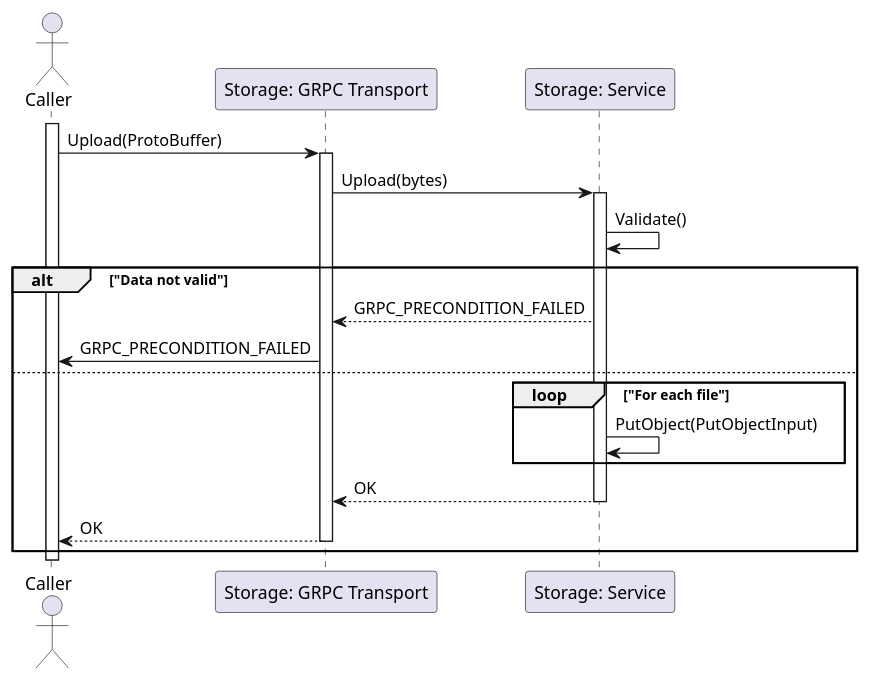
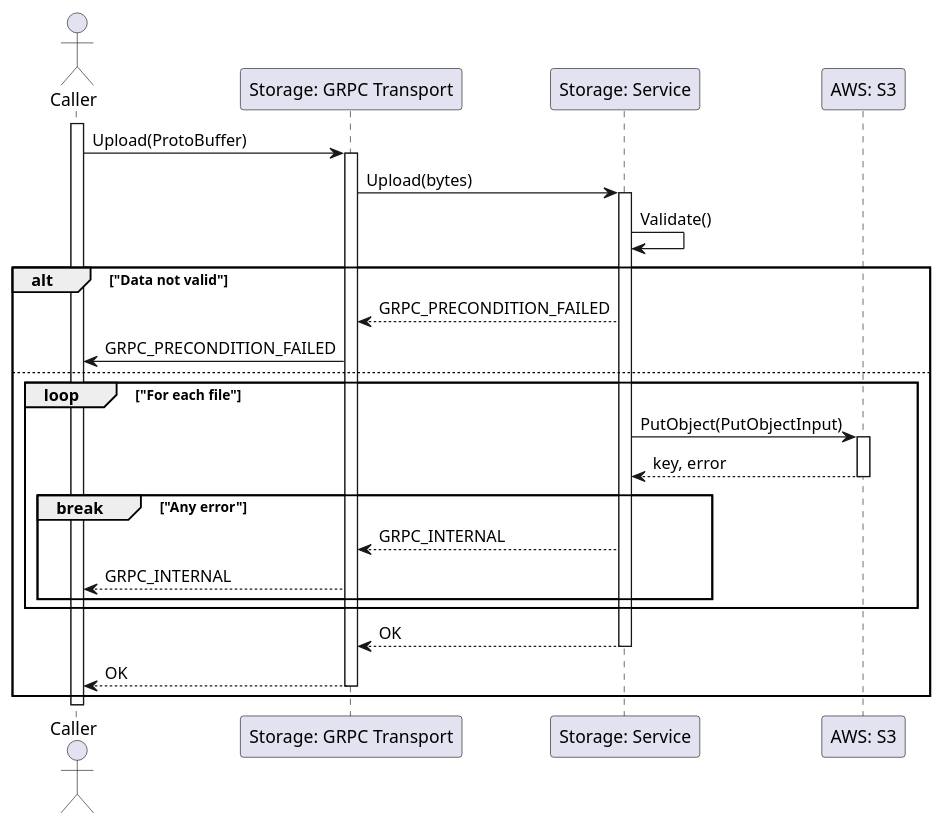
Before and after one commit to fwidjaya20/fazzlearning-uml: the diagram in Sequance/Release01/Upload.wsd, drawn with PlantUML. The commit also changed 1 other file, not shown here.

Commit message:
sequence: adding Resolve, Upload

```diff
--- a/Sequance/Release01/Upload.wsd
+++ b/Sequance/Release01/Upload.wsd
@@ -1,30 +1,39 @@
 @startuml Upload
 
 actor Caller
-participant "Storage: GRPC Transport" as Transport
-participant "Storage: Service" as Service
+participant "Storage: GRPC Transport" as StorageGRPCTransport
+participant "Storage: Service" as StorageService
+participant "AWS: S3" as AWSS3
 
 activate Caller
 
-Caller->Transport: Upload(ProtoBuffer)
-activate Transport
-Transport->Service: Upload(bytes)
-activate Service
-Service->Service: Validate()
+Caller->StorageGRPCTransport: Upload(ProtoBuffer)
+activate StorageGRPCTransport
+StorageGRPCTransport->StorageService: Upload(bytes)
+activate StorageService
+StorageService->StorageService: Validate()
 
 alt "Data not valid"
-    Service-->Transport: GRPC_PRECONDITION_FAILED
-    Transport->Caller: GRPC_PRECONDITION_FAILED
+    StorageService-->StorageGRPCTransport: GRPC_PRECONDITION_FAILED
+    StorageGRPCTransport->Caller: GRPC_PRECONDITION_FAILED
 else
     loop "For each file"
-        Service->Service: PutObject(PutObjectInput)
+        StorageService->AWSS3: PutObject(PutObjectInput)
+        activate AWSS3
+        AWSS3-->StorageService: key, error
+        deactivate AWSS3
+
+        break "Any error"
+            StorageService-->StorageGRPCTransport: GRPC_INTERNAL
+            StorageGRPCTransport-->Caller: GRPC_INTERNAL
+        end
     end
-    Service-->Transport: OK
-    deactivate Service
-    Transport-->Caller: OK
-    deactivate Transport
+    StorageService-->StorageGRPCTransport: OK
+    deactivate StorageService
+    StorageGRPCTransport-->Caller: OK
+    deactivate StorageGRPCTransport
 end
 
 deactivate Caller
 
 @enduml
```
